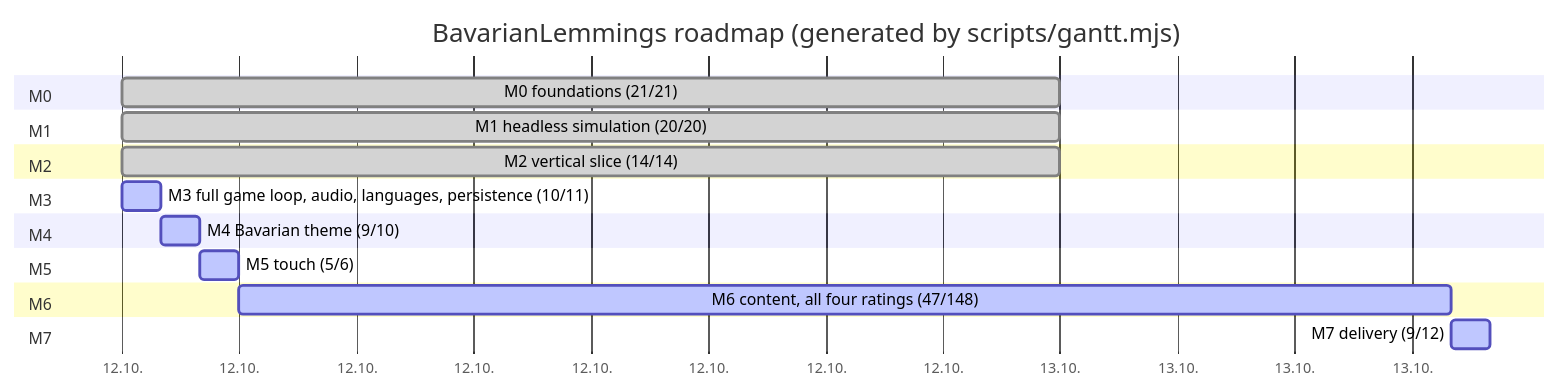
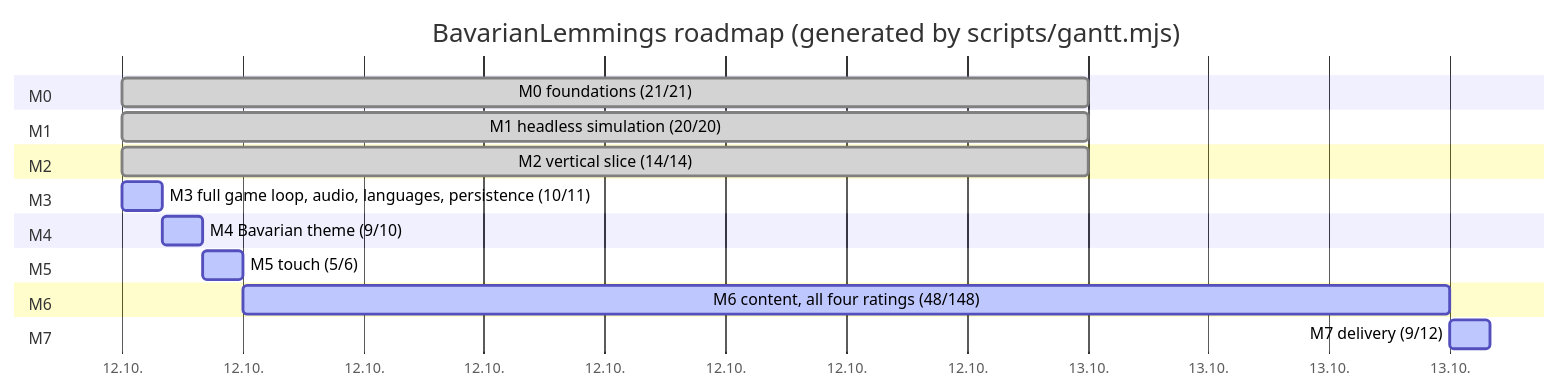
One commit to marcelpetrick/BavarianLemmings changed the diagram in plan.md. Above: the diagram before and after it, drawn with Mermaid. The commit also changed other lines of this file and 4 other files, not shown here.

````diff
--- a/plan.md
+++ b/plan.md
@@ -43,22 +43,22 @@
 ```mermaid
 gantt
     title BavarianLemmings roadmap (generated by scripts/gantt.mjs)
     dateFormat  YYYY-MM-DD
     axisFormat  %d.%m.
     section M0
     M0 foundations (21/21) :done, m0, 2026-10-12, 1d
     section M1
     M1 headless simulation (20/20) :done, m1, 2026-10-12, 1d
     section M2
     M2 vertical slice (14/14) :done, m2, 2026-10-12, 1d
     section M3
     M3 full game loop, audio, languages, persistence (10/11) :active, m3, 2026-10-12, 1h
     section M4
     M4 Bavarian theme (9/10) :active, m4, after m3, 1h
     section M5
     M5 touch (5/6) :active, m5, after m4, 1h
     section M6
-    M6 content, all four ratings (47/148) :active, m6, after m5, 31h
+    M6 content, all four ratings (48/148) :active, m6, after m5, 30h
     section M7
     M7 delivery (9/12) :active, m7, after m6, 1h
 ```
````
